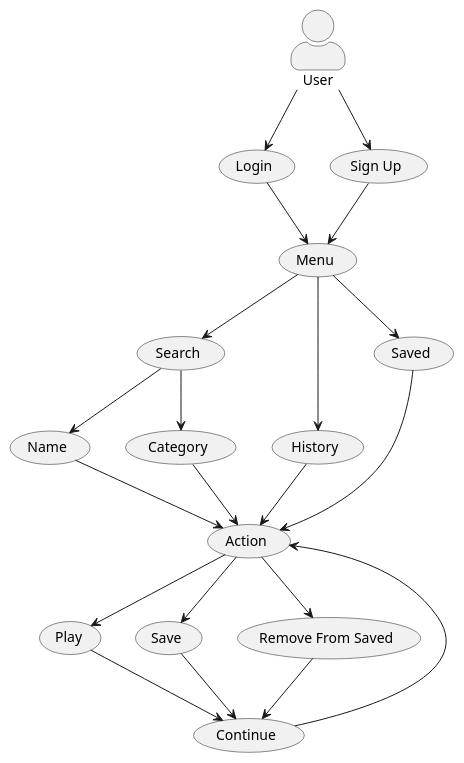
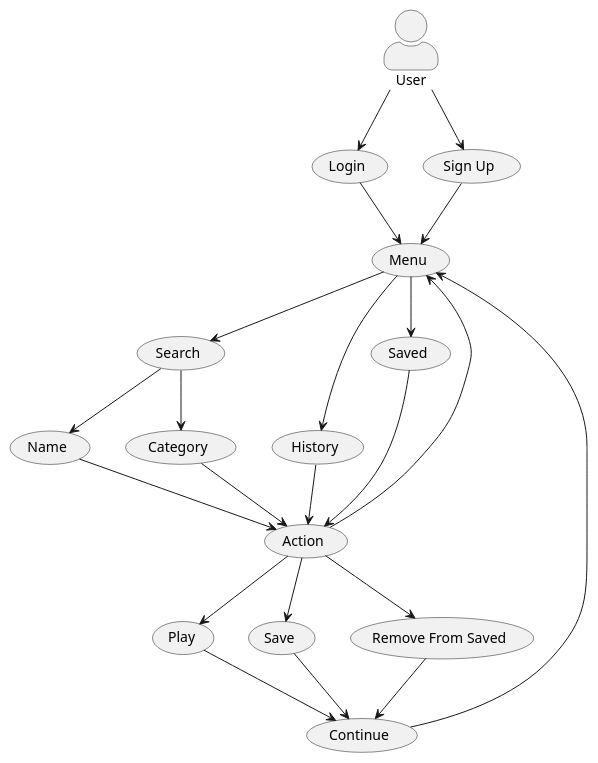
One commit to Gervig/SP3-Gruppe-C changed the diagram in doc/Plan/static/usecase.puml. Above: the diagram before and after it, drawn with PlantUML.

```diff
--- a/doc/Plan/static/usecase.puml
+++ b/doc/Plan/static/usecase.puml
@@ -1,27 +1,28 @@
 @startuml
 'https://plantuml.com/use-case-diagram
 
 
 skinparam actorStyle awesome
 :User: --> (Login)
 :User: --> (Sign Up)
 (Sign Up) --> (Menu)
 (Login) --> (Menu)
 (Menu) --> (Search)
 (Menu) --> (History)
 (Menu) --> (Saved)
 (Search) --> (Name)
 (Search) --> (Category)
 (Name) --> (Action)
 (Category) --> (Action)
 (History) --> (Action)
 (Saved) --> (Action)
 (Action) --> (Play)
 (Action) --> (Save)
 (Action) --> (Remove From Saved)
+(Action) --> (Menu)
 (Play) --> (Continue)
 (Save) --> (Continue)
 (Remove From Saved) --> (Continue)
-(Continue) --> (Action)
+(Continue) --> (Menu)
 
 @enduml
```
